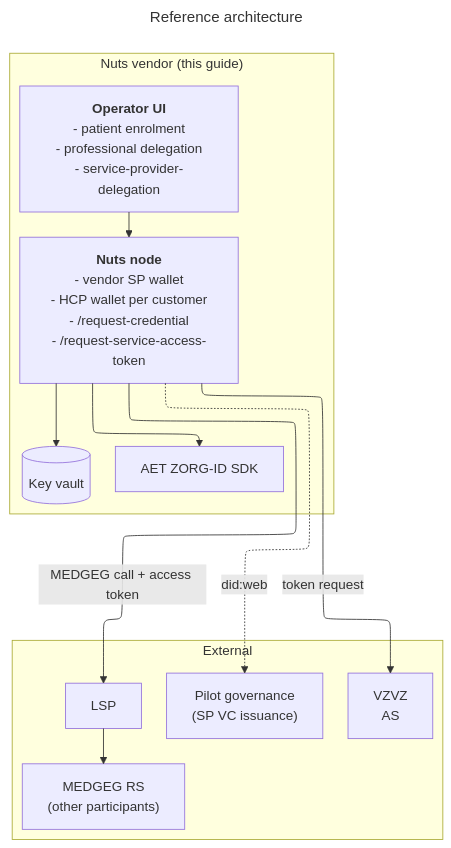
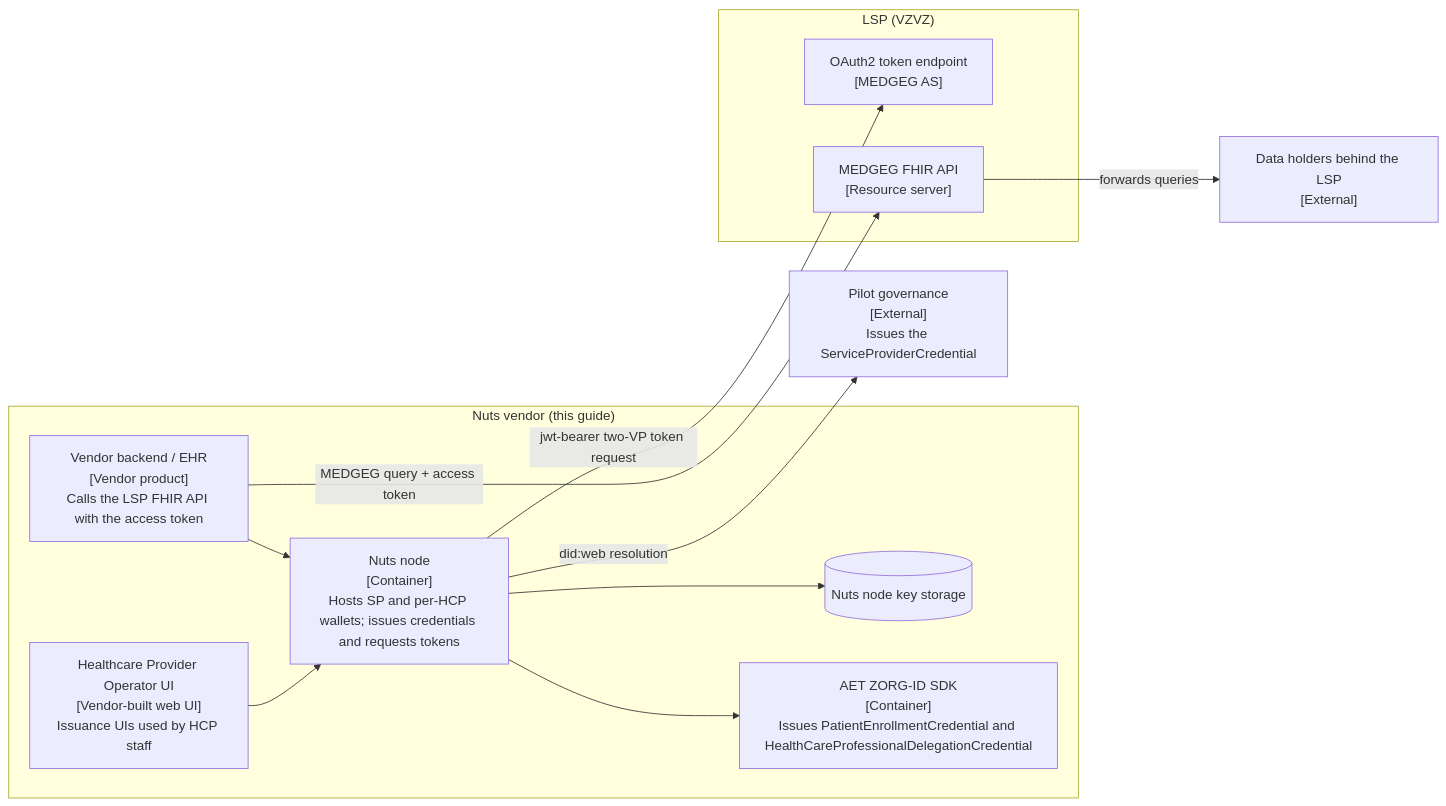
One commit to nuts-foundation/lspxnuts-pilots changed the diagram in docs/LSPxNuts-participation-guide.md. Above: the diagram before and after it, drawn with Mermaid. The commit also changed other lines of this file, not shown here.

First line of the commit message:
Improve LSPxNuts participation guide per review #1

````diff
--- a/docs/LSPxNuts-participation-guide.md
+++ b/docs/LSPxNuts-participation-guide.md
@@ -47,36 +93,28 @@
 ```mermaid
----
-title: Reference architecture
-config:
-    flowchart:
-        defaultRenderer: "elk"
----
-flowchart TB
-    subgraph Vendor["Nuts vendor (this guide)"]
-        direction TB
-        UI["`**Operator UI**
-- patient enrolment
-- professional delegation
-- service-provider-delegation`"]
-        Node["`**Nuts node**<br/>- vendor SP wallet<br/>- HCP wallet per customer<br/>- /request-credential<br/>- /request-service-access-token`"]
-        Vault[("Key vault")]
-        AET["AET ZORG-ID SDK"]
+flowchart LR
+  subgraph Vendor["Nuts vendor (this guide)"]
+    UI["Healthcare Provider Operator UI<br/>[Vendor-built web UI]<br/>Issuance UIs used by HCP staff"]
+    Node["Nuts node<br/>[Container]<br/>Hosts SP and per-HCP wallets; issues credentials and requests tokens"]
+    Backend["Vendor backend / EHR<br/>[Vendor product]<br/>Calls the LSP FHIR API with the access token"]
+    Keys[("Nuts node key storage")]
+    AET["AET ZORG-ID SDK<br/>[Container]<br/>Issues PatientEnrollmentCredential and HealthCareProfessionalDelegationCredential"]
+    UI --> Node
+    Backend --> Node
+    Node --> Keys
+    Node --> AET
+  end
 
-        UI --> Node
-        Node --> Vault
-        Node --> AET
-    end
+  Gov["Pilot governance<br/>[External]<br/>Issues the ServiceProviderCredential"]
 
-    subgraph External["External"]
-        direction LR
-        Gov["Pilot governance<br/>(SP VC issuance)"]
-        LSP-AS["VZVZ<br/>AS"]
-        LSP["LSP"]
-        RS["MEDGEG RS<br/>(other participants)"]
-        LSP --> RS
-    end
+  subgraph LSP["LSP (VZVZ)"]
+    AS["OAuth2 token endpoint<br/>[MEDGEG AS]"]
+    RS["MEDGEG FHIR API<br/>[Resource server]"]
+  end
 
-    Node -. did:web .-> Gov
-    Node -- token request --> LSP-AS
-    Node -- MEDGEG call + access token --> LSP
+  Holders["Data holders behind the LSP<br/>[External]"]
+
+  Node -->|did:web resolution| Gov
+  Node -->|jwt-bearer two-VP token request| AS
+  Backend -->|MEDGEG query + access token| RS
+  RS -->|forwards queries| Holders
 ```
````
